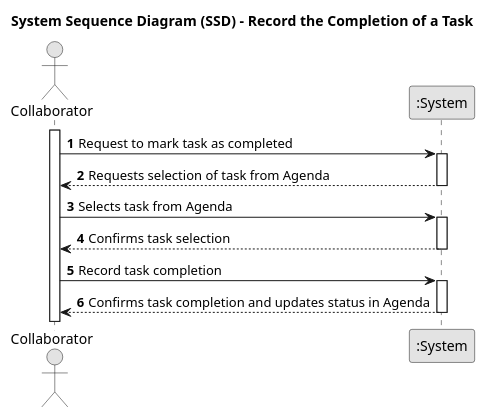
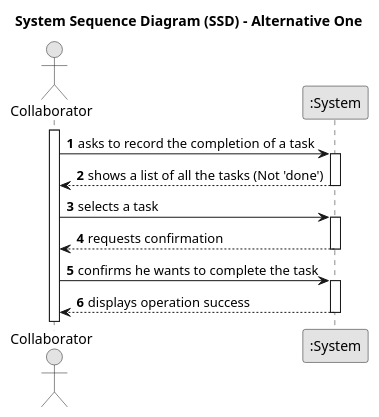
Before and after one commit to diogoveirospro/lei-24-s2-1dg-g072: the diagram in docs/sprintC/us029/01.requirements-engineering/puml/us029-system-sequence-diagram-alternative-one.puml, drawn with PlantUML. The commit also changed 3 other files, not shown here.

```diff
--- a/docs/sprintC/us029/01.requirements-engineering/puml/us029-system-sequence-diagram-alternative-one.puml
+++ b/docs/sprintC/us029/01.requirements-engineering/puml/us029-system-sequence-diagram-alternative-one.puml
@@ -1,33 +1,33 @@
 @startuml
 skinparam monochrome true
 skinparam packageStyle rectangle
 skinparam shadowing false
 
-title System Sequence Diagram (SSD) - Record the Completion of a Task
+title System Sequence Diagram (SSD) - Alternative One
 
 autonumber
 
 actor "Collaborator" as Col
 participant ":System" as System
 
 activate Col
 
-    Col -> System : Request to mark task as completed
+    Col -> System : asks to record the completion of a task
     activate System
 
-        System --> Col : Requests selection of task from Agenda
+        System --> Col : shows a list of all the tasks (Not 'done')
     deactivate System
 
-    Col -> System : Selects task from Agenda
+    Col -> System : selects a task
     activate System
 
-        System --> Col : Confirms task selection
+        System --> Col : requests confirmation
     deactivate System
 
-    Col -> System : Record task completion
+    Col -> System : confirms he wants to complete the task
     activate System
 
-        System --> Col : Confirms task completion and updates status in Agenda
+        System --> Col : displays operation success
     deactivate System
 
 @enduml
```
